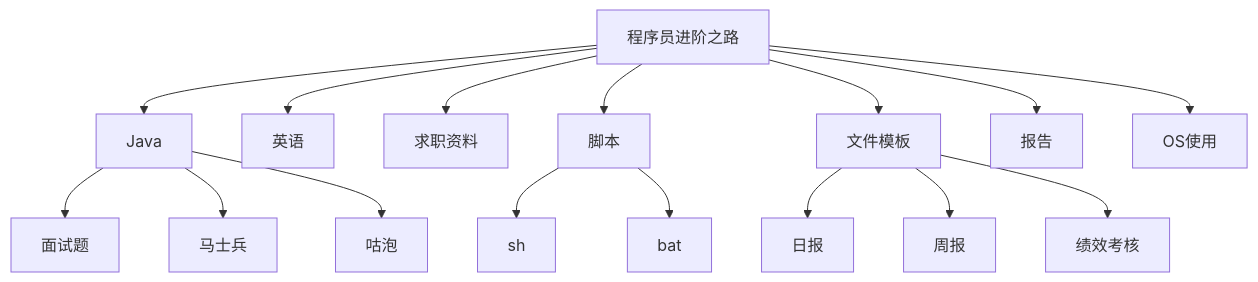
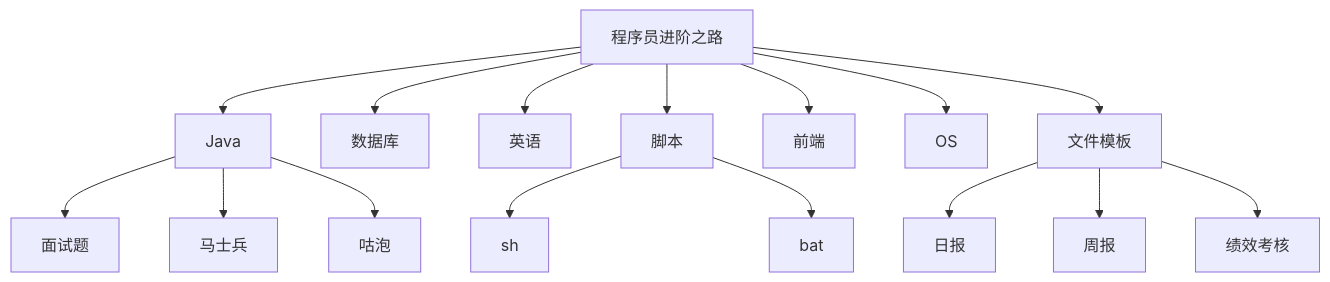
One commit to namelessmyth/beFreeCoder changed the second of 2 diagrams in README.md. Above: the diagram before and after it, drawn with Mermaid. The commit also changed other lines of this file, not shown here.

````diff
--- a/README.md
+++ b/README.md
@@ -62,27 +62,25 @@
 ```mermaid
 flowchart TB
 
 root[程序员进阶之路]
 
 root-->Java["Java"]
 Java-->面试题
 Java-->mashibing[马士兵]
 Java-->gupao[咕泡]
 
+root-->db["数据库"]
 root-->English["英语"]
 
-root-->Job["求职资料"]
 root-->Script["脚本"]
 Script-->sh
 Script-->bat
+
+root-->front["前端"]
+root-->os["OS"]
 
 root-->Template["文件模板"]
 Template-->日报
 Template-->周报
 Template-->绩效考核
-
-root-->Report["报告"]
-root-->os["OS使用"]
-
-
 ```
````
